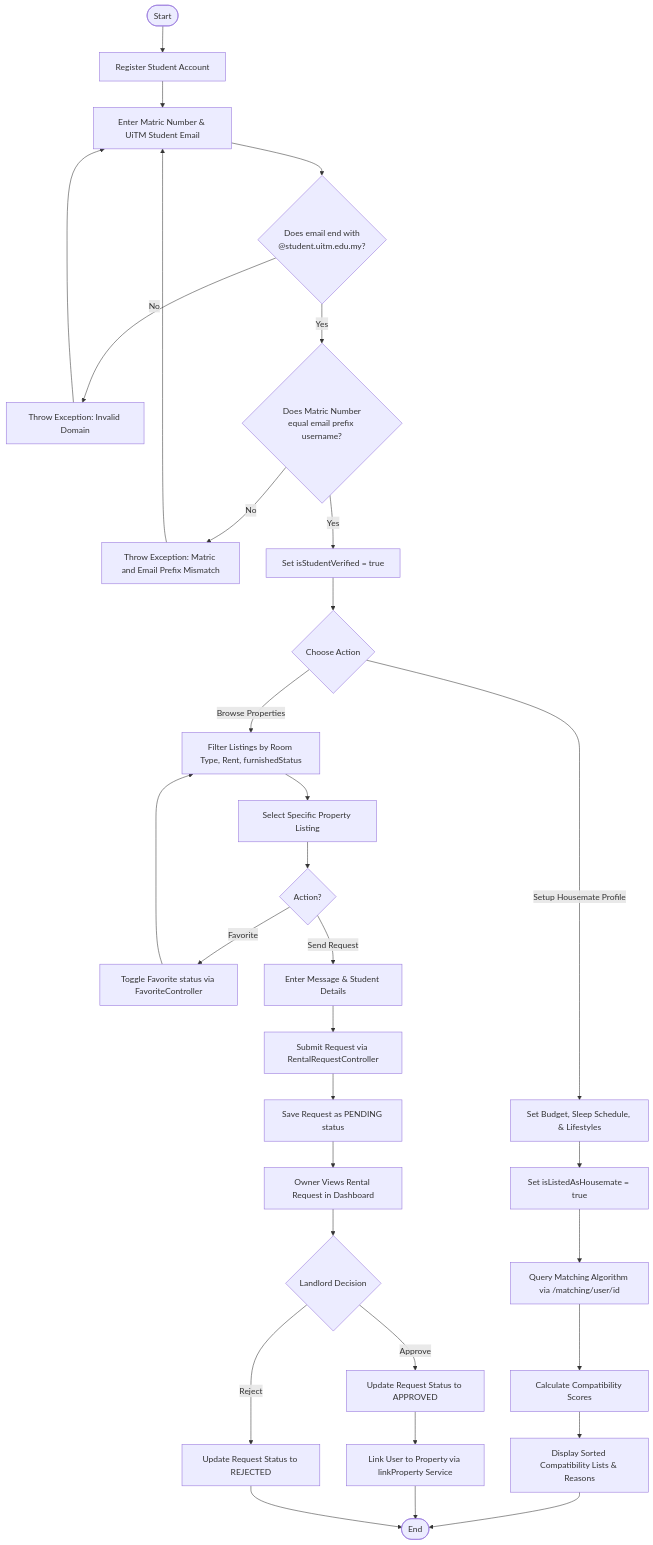
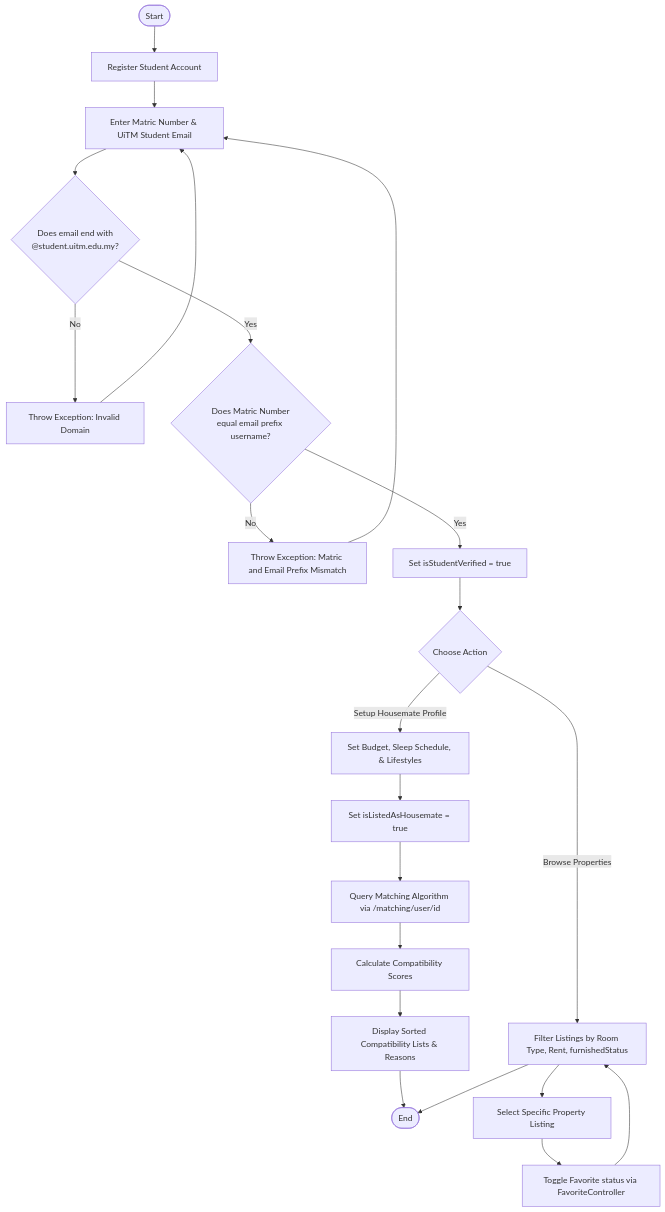
Before and after one commit to NASRULLOWDANIELL/rakansewa: the second of 2 diagrams in docs/business-activity-diagram.md, drawn with Mermaid. The commit also changed 21 other files, not shown here.

Commit message:
Remove redundant property verification status

````diff
--- a/docs/business-activity-diagram.md
+++ b/docs/business-activity-diagram.md
@@ -58,50 +58,36 @@
 ```mermaid
 graph TD
     StartStudent([Start]) --> StudentRegister[Register Student Account]
     StudentRegister --> EnterUitmCredentials[Enter Matric Number & UiTM Student Email]
     
     %% Automated Validation Logic
     EnterUitmCredentials --> CheckDomain{Does email end with<br/>@student.uitm.edu.my?}
     
     CheckDomain -- No --> ValidationFail[Throw Exception: Invalid Domain]
     ValidationFail --> EnterUitmCredentials
     
     CheckDomain -- Yes --> CheckMatricPrefix{Does Matric Number<br/>equal email prefix username?}
     
     CheckMatricPrefix -- No --> MatricFail[Throw Exception: Matric and Email Prefix Mismatch]
     MatricFail --> EnterUitmCredentials
     
     CheckMatricPrefix -- Yes --> AutoVerify[Set isStudentVerified = true]
     
     %% Verified Activities
     AutoVerify --> VerifiedUser{Choose Action}
     
     %% Action Path A: Housemate Profile Listing
     VerifiedUser -->|Setup Housemate Profile| EditMatchingPrefs[Set Budget, Sleep Schedule, & Lifestyles]
     EditMatchingPrefs --> ToggleHousemate[Set isListedAsHousemate = true]
     ToggleHousemate --> RenderMatching[Query Matching Algorithm via /matching/user/id]
     RenderMatching --> ComputeScores[Calculate Compatibility Scores]
     ComputeScores --> DisplayMatches[Display Sorted Compatibility Lists & Reasons]
     DisplayMatches --> EndStudent([End])
 
-    %% Action Path B: Property Browsing & Rental Requests
+    %% Action Path B: Property Browsing & Favorites
     VerifiedUser -->|Browse Properties| ViewProperties[Filter Listings by Room Type, Rent, furnishedStatus]
     ViewProperties --> ChooseProperty[Select Specific Property Listing]
-    ChooseProperty --> ChooseActionOnProp{Action?}
-    
-    ChooseActionOnProp -->|Favorite| ToggleFav[Toggle Favorite status via FavoriteController]
+    ChooseProperty --> ToggleFav[Toggle Favorite status via FavoriteController]
     ToggleFav --> ViewProperties
-    
-    ChooseActionOnProp -->|Send Request| FillReqForm[Enter Message & Student Details]
-    FillReqForm --> CreateReq[Submit Request via RentalRequestController]
-    CreateReq --> SavedReq[Save Request as PENDING status]
-    SavedReq --> LandlordQueue[Owner Views Rental Request in Dashboard]
-    LandlordQueue --> LandlordDecision{Landlord Decision}
-    
-    LandlordDecision -- Approve --> SetReqApproved[Update Request Status to APPROVED]
-    SetReqApproved --> LinkUser[Link User to Property via linkProperty Service]
-    LinkUser --> EndStudent
-    
-    LandlordDecision -- Reject --> SetReqRejected[Update Request Status to REJECTED]
-    SetReqRejected --> EndStudent
+    ViewProperties --> EndStudent
 ```
````
